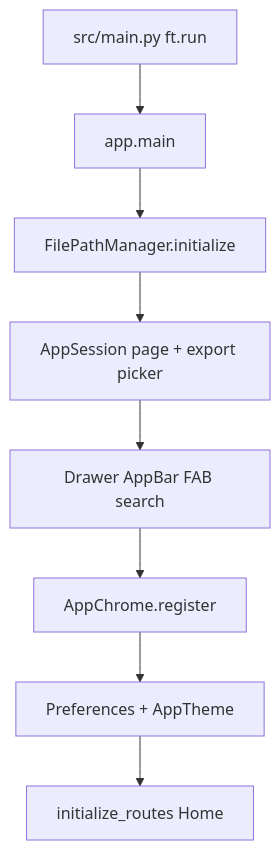
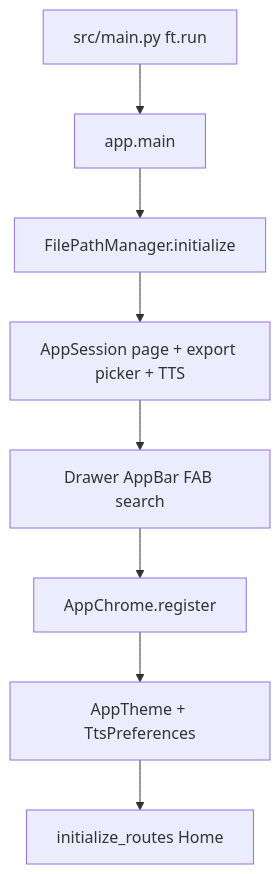
Before and after one commit to BartoszKog/my-first-learning-app: the diagram in docs/architecture/startup.md, drawn with Mermaid. The commit also changed other lines of this file and 23 other files, not shown here.

````diff
--- a/docs/architecture/startup.md
+++ b/docs/architecture/startup.md
@@ -11,10 +11,10 @@
 ```mermaid
 flowchart TD
     Run[src/main.py ft.run] --> Main[app.main]
     Main --> Paths[FilePathManager.initialize]
-    Paths --> Session[AppSession page + export picker]
+    Paths --> Session[AppSession page + export picker + TTS]
     Session --> ChromeUI[Drawer AppBar FAB search]
     ChromeUI --> Register[AppChrome.register]
-    Register --> Theme[Preferences + AppTheme]
-    Theme --> Routes[initialize_routes Home]
+    Register --> Prefs[AppTheme + TtsPreferences]
+    Prefs --> Routes[initialize_routes Home]
 ```
````
